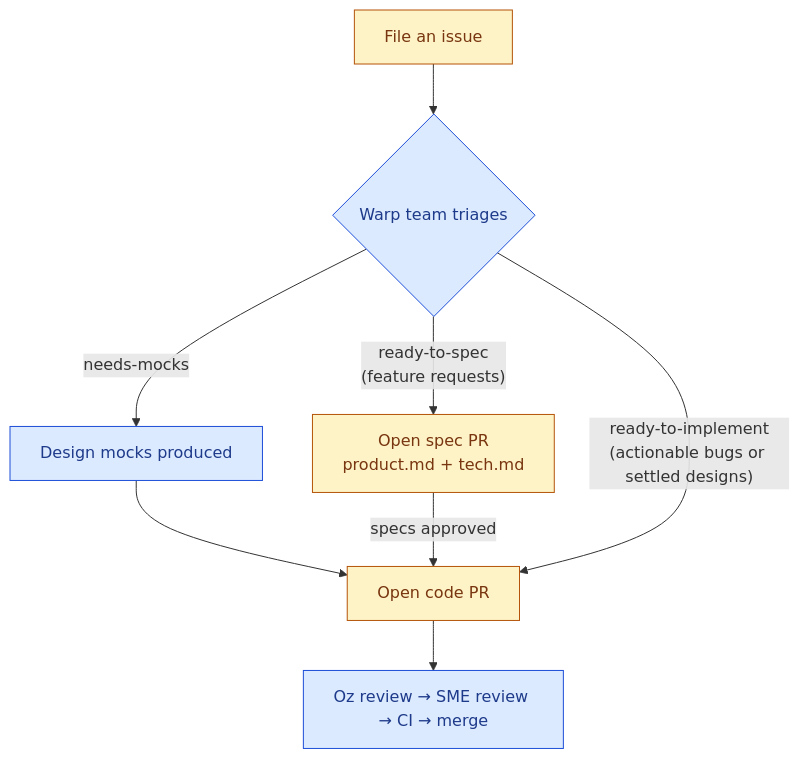
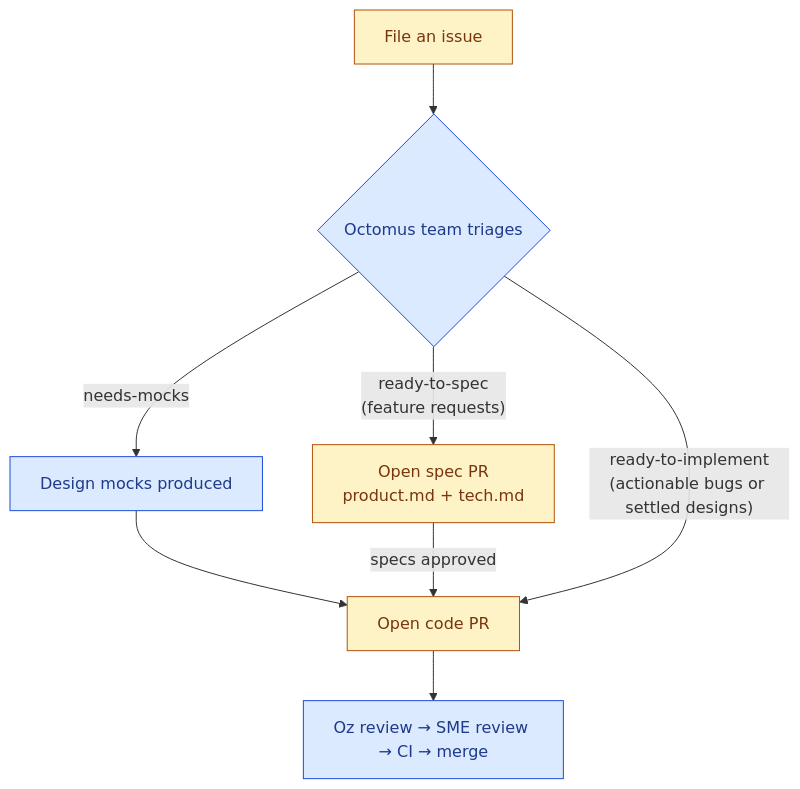
The diagram in CONTRIBUTING.md (AdrianTuci1/warp-new), drawn with Mermaid before and after one commit. The commit also changed other lines of this file and 3533 other files, not shown here.

Commit message:
Rename warp to octomus across files and code

````diff
--- a/CONTRIBUTING.md
+++ b/CONTRIBUTING.md
@@ -41,15 +41,15 @@
 ```mermaid
 flowchart TD
-    A[File an issue] --> B{Warp team triages}
+    A[File an issue] --> B{Octomus team triages}
     B -- ready-to-spec<br/>(feature requests) --> C[Open spec PR<br/>product.md + tech.md]
     B -- needs-mocks --> D[Design mocks produced]
     D --> E[Open code PR]
     C -- specs approved --> E
     B -- ready-to-implement<br/>(actionable bugs or settled designs) --> E
     E --> F[Oz review → SME review → CI → merge]
 
     classDef contributor fill:#fef3c7,stroke:#b45309,color:#78350f;
     classDef warpTeam fill:#dbeafe,stroke:#1d4ed8,color:#1e3a8a;
     class A,C,E contributor;
     class B,D,F warpTeam;
 ```
````
